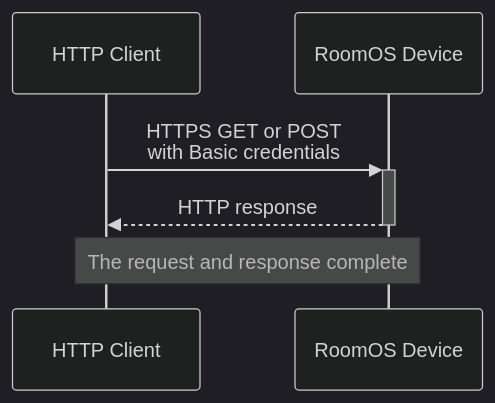
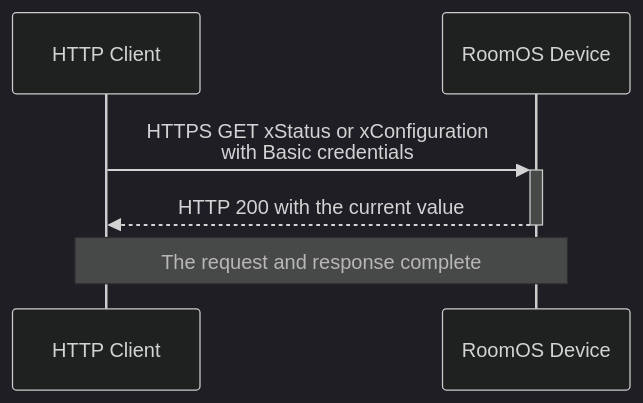
Before and after one commit to WebexCC-SA/LAB-1451: the first of 6 diagrams in docs/Main-Lab/RoomOS/rxp_xapi/rxp_xapi_jsxapi.md, drawn with Mermaid. The commit also changed other lines of this file, not shown here.

Commit message:
Show JSXAPI xAPI execution flows

````diff
--- a/docs/Main-Lab/RoomOS/rxp_xapi/rxp_xapi_jsxapi.md
+++ b/docs/Main-Lab/RoomOS/rxp_xapi/rxp_xapi_jsxapi.md
@@ -20,9 +22,9 @@
-            ``` mermaid
-            %%{init: {'theme':'dark'}}%%
-            sequenceDiagram
-              participant Client as HTTP Client
-              participant Device as RoomOS Device
-              Client->>+Device: HTTPS GET or POST<br>with Basic credentials
-              Device-->>-Client: HTTP response
-              Note over Client,Device: The request and response complete
-            ```
+                ``` mermaid
+                %%{init: {'theme':'dark'}}%%
+                sequenceDiagram
+                  participant Client as HTTP Client
+                  participant Device as RoomOS Device
+                  Client->>+Device: HTTPS GET xStatus or xConfiguration<br>with Basic credentials
+                  Device-->>-Client: HTTP 200 with the current value
+                  Note over Client,Device: The request and response complete
+                ```
````
